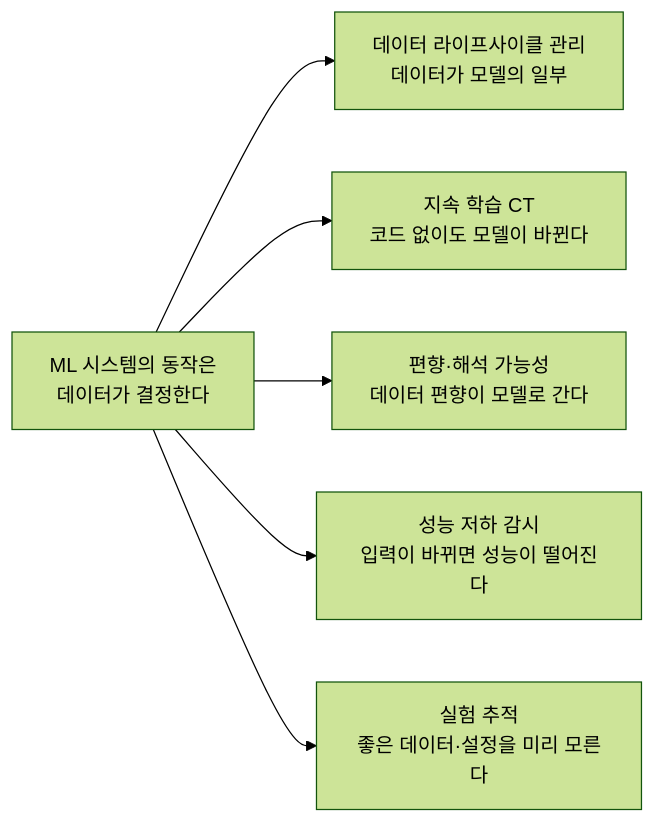
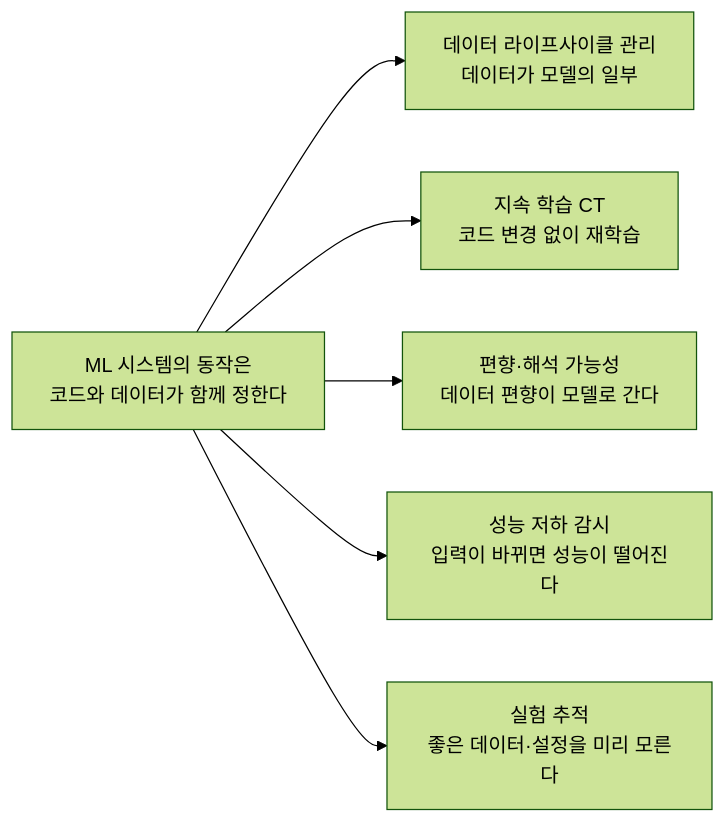
Diagram 11 of 14 in content/posts/2026/mlops-01-lifecycle-and-maturity/index.md (beengineer500/beengineer500.github.io), drawn with Mermaid (forest theme) before and after one commit. The commit also changed other lines of this file and 1 other file, not shown here.

````diff
--- a/content/posts/2026/mlops-01-lifecycle-and-maturity/index.md
+++ b/content/posts/2026/mlops-01-lifecycle-and-maturity/index.md
@@ -583,9 +570,9 @@
 ```mermaid
 flowchart LR
-    R["ML 시스템의 동작은<br/>데이터가 결정한다"]
+    R["ML 시스템의 동작은<br/>코드와 데이터가 함께 정한다"]
     R --> A["데이터 라이프사이클 관리<br/>데이터가 모델의 일부"]
-    R --> B["지속 학습 CT<br/>코드 없이도 모델이 바뀐다"]
+    R --> B["지속 학습 CT<br/>코드 변경 없이 재학습"]
     R --> C["편향·해석 가능성<br/>데이터 편향이 모델로 간다"]
     R --> D["성능 저하 감시<br/>입력이 바뀌면 성능이 떨어진다"]
     R --> E["실험 추적<br/>좋은 데이터·설정을 미리 모른다"]
 ```
````
